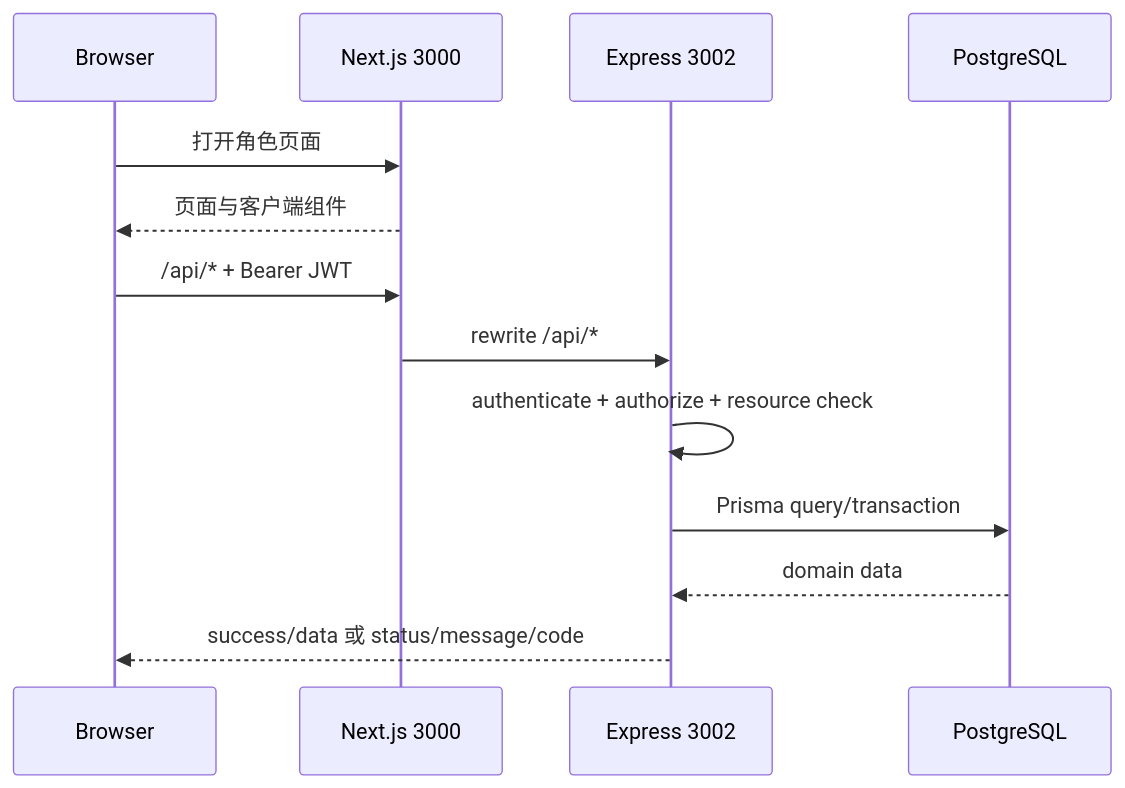
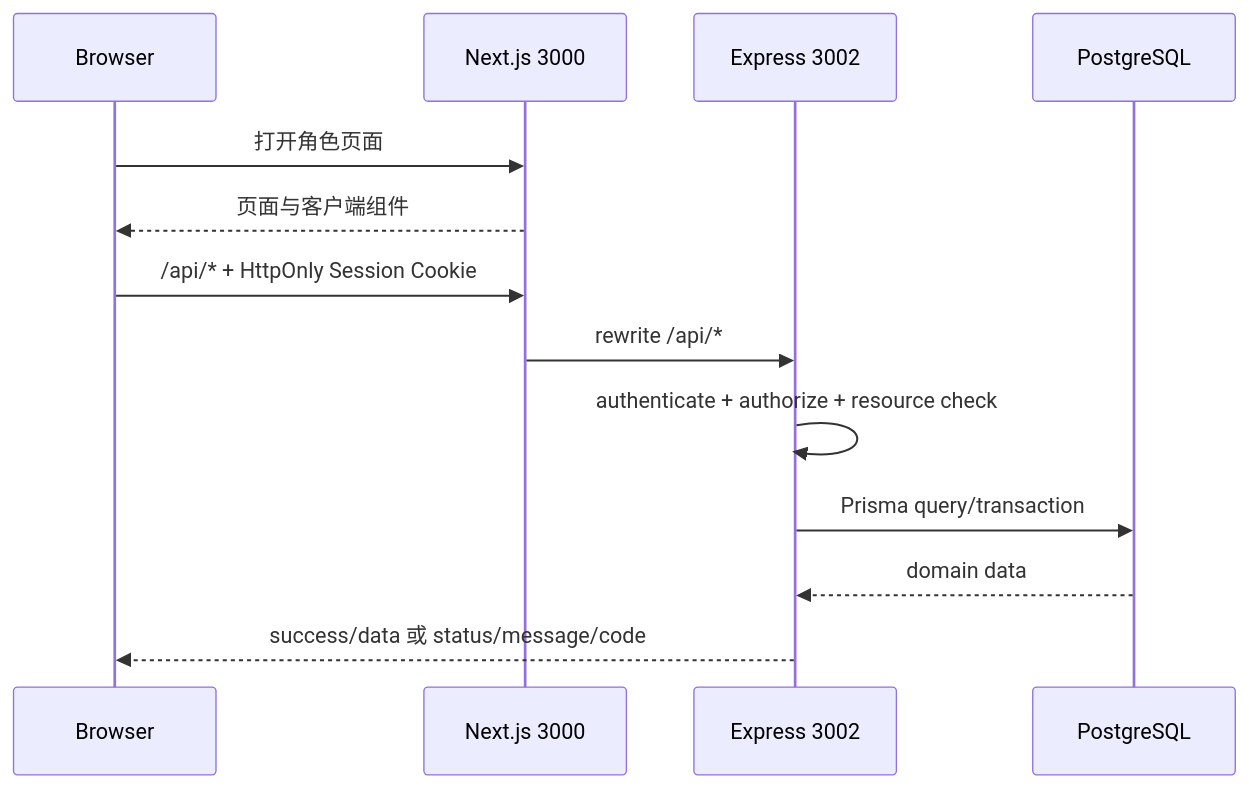
Before and after one commit to carits/oi-manager: the first of 2 diagrams in docs/guide/PROJECT_TOUR.md, drawn with Mermaid. The commit also changed 137 other files, not shown here.

````diff
--- a/docs/guide/PROJECT_TOUR.md
+++ b/docs/guide/PROJECT_TOUR.md
@@ -28,15 +28,15 @@
 ```mermaid
 sequenceDiagram
   participant Browser
   participant Next as Next.js 3000
   participant API as Express 3002
   participant DB as PostgreSQL
   Browser->>Next: 打开角色页面
   Next-->>Browser: 页面与客户端组件
-  Browser->>Next: /api/* + Bearer JWT
+  Browser->>Next: /api/* + HttpOnly Session Cookie
   Next->>API: rewrite /api/*
   API->>API: authenticate + authorize + resource check
   API->>DB: Prisma query/transaction
   DB-->>API: domain data
   API-->>Browser: success/data 或 status/message/code
 ```
````
